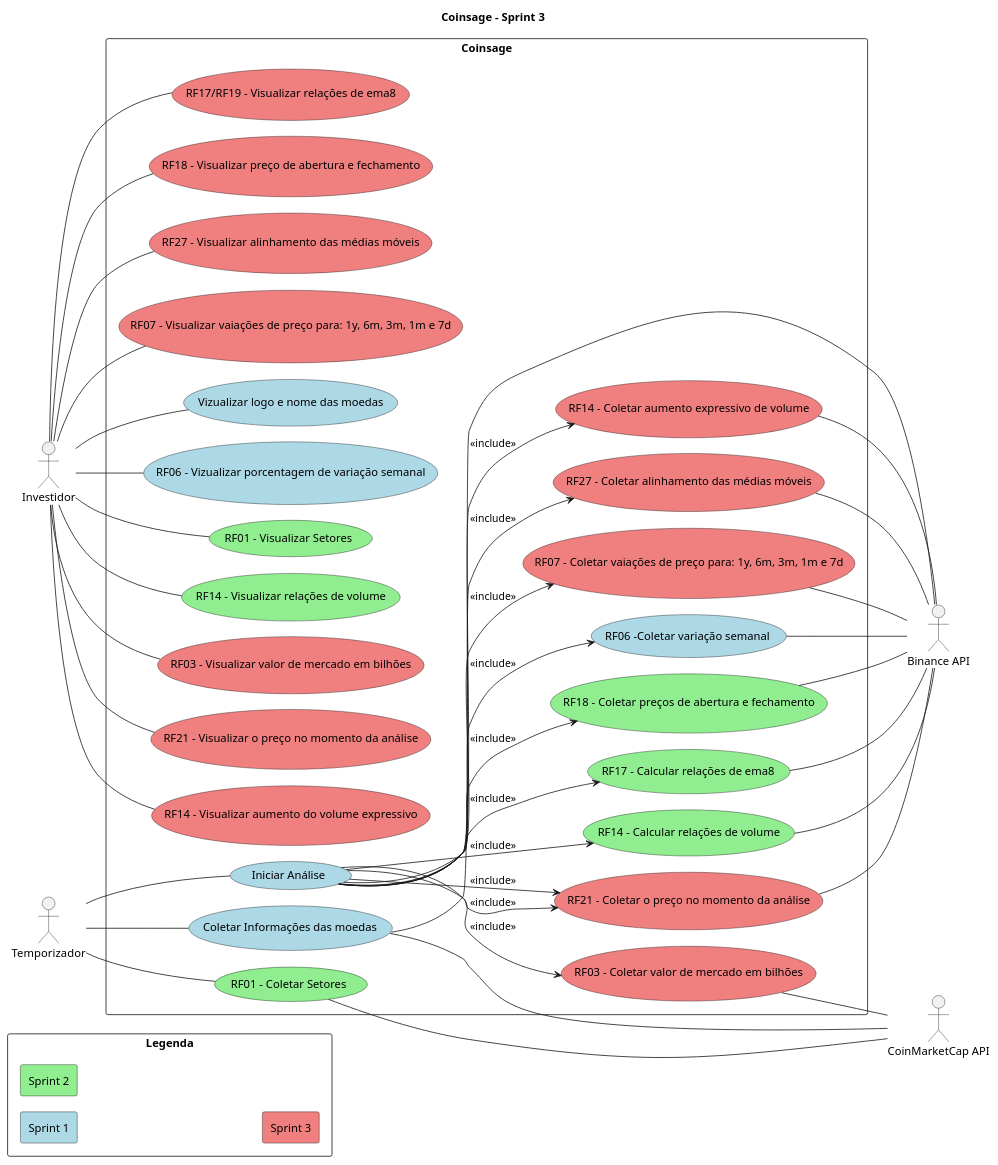
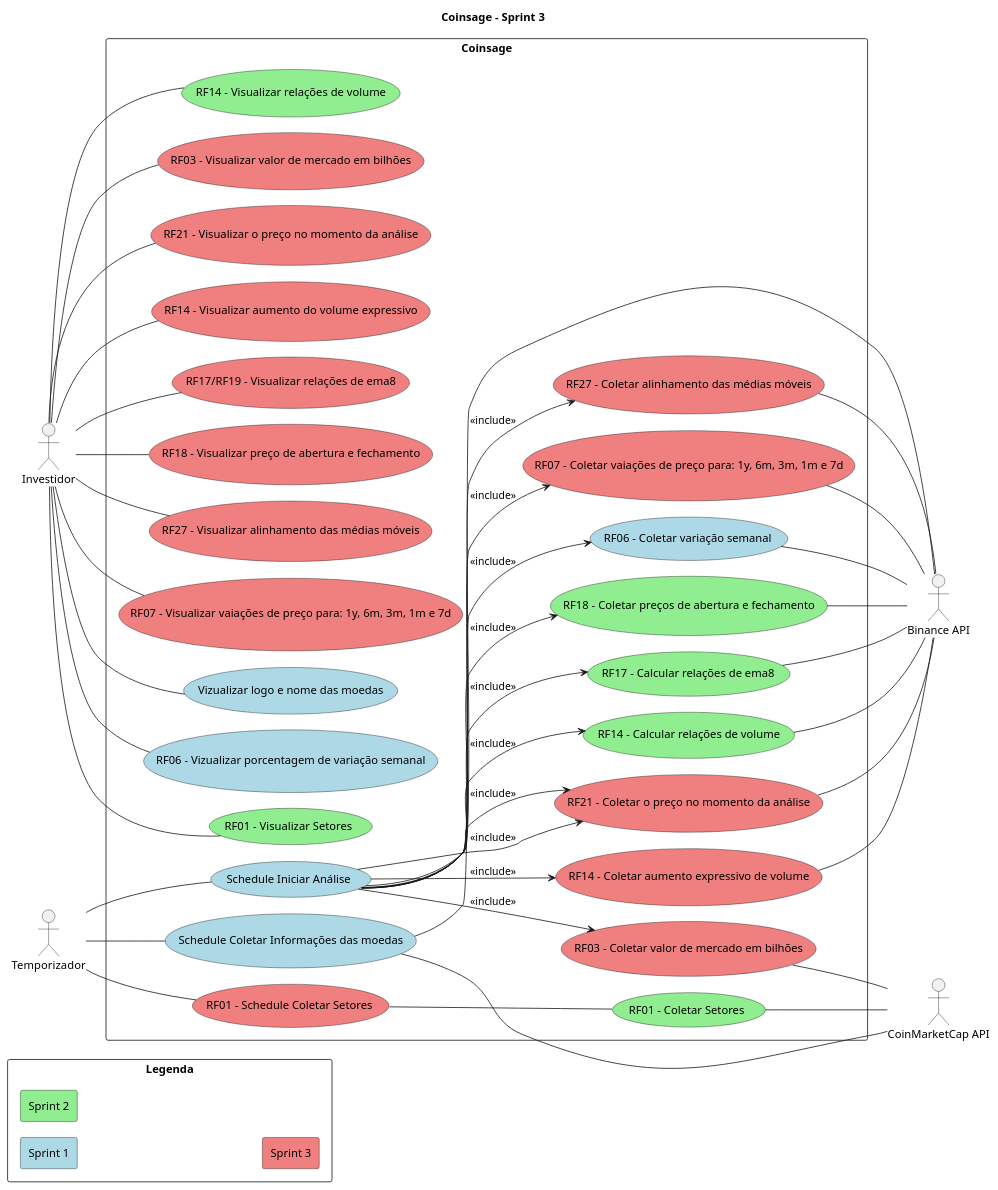
Before and after one commit to ICEI-PUC-Minas-PPLES-TI/plf-es-2024-1-ti3-8981100-coinsage: the diagram in Artefatos/diagramas/casos_de_uso/use_cases.plantuml, drawn with PlantUML. The commit also changed 4 other files, not shown here.

```diff
--- a/Artefatos/diagramas/casos_de_uso/use_cases.plantuml
+++ b/Artefatos/diagramas/casos_de_uso/use_cases.plantuml
@@ -1,102 +1,108 @@
 @startuml
 title Coinsage - Sprint 3
 
 left to right direction
 actor "Investidor" as investor
 actor "Temporizador" as schedule
 actor "Binance API" as binance
 actor "CoinMarketCap API" as cmc
 
 rectangle "Legenda"{
     skinparam minClassWidth 10
     skinparam nodesep 1
     skinparam ranksep 1
 
     rectangle "Sprint 1" #LightBlue
     rectangle "Sprint 2" #LightGreen
     rectangle "Sprint 3" #LightCoral
     ' rectangle "Sprint 4" #LightYellow
 }
 
 rectangle "Coinsage"{
     skinparam nodesep 20
 
     ' Schedules use cases
     ' Sp1
-    usecase "Iniciar Análise" as sch_analysis #LightBlue
-    usecase "Coletar Informações das moedas" as sch_cripto_info #LightBlue
-    usecase "RF06 -Coletar variação semanal" as collect_cripto_week_incresse #LightBlue
+    usecase "Schedule Coletar Informações das moedas" as sch_cripto_info #LightBlue
+    usecase "Schedule Iniciar Análise" as sch_analysis #LightBlue
+    ' Sp3
+    usecase "RF01 - Schedule Coletar Setores" as sch_sectors #LightCoral /' Should be sprint 2 but not ended '/
+
+    ' Analyse use cases
+    ' Sp1
+    usecase "RF06 - Coletar variação semanal" as collect_cripto_week_incresse #LightBlue
     ' Sp2
-    usecase "RF01 - Coletar Setores" as sch_sectors #LightGreen
+    usecase "RF01 - Coletar Setores" as collect_sectors #LightGreen
     usecase "RF18 - Coletar preços de abertura e fechamento" as collect_cripto_open_close #LightGreen
     usecase "RF17 - Calcular relações de ema8" as collect_ema8_relations #LightGreen
     usecase "RF14 - Calcular relações de volume" as collect_volume_relations #LightGreen
     ' Sp3
     usecase "RF03 - Coletar valor de mercado em bilhões" as collect_market_cap #LightCoral /' Should be sprint 2 but not ended '/
     usecase "RF21 - Coletar o preço no momento da análise" as collect_cripto_current_price #LightCoral /' Should be sprint 2 but not ended '/
     usecase "RF14 - Coletar aumento expressivo de volume" as collect_expressive_volume_date #LightCoral /' Should be sprint 2 but not ended '/
     usecase "RF27 - Coletar alinhamento das médias móveis" as collect_emas_aligned #LightCoral
     usecase "RF07 - Coletar vaiações de preço para: 1y, 6m, 3m, 1m e 7d" as collect_cripto_price_variations #LightCoral
 
     ' Report use cases
     ' Sp1
     usecase "Vizualizar logo e nome das moedas" as view_cripto_info #LightBlue
     usecase "RF06 - Vizualizar porcentagem de variação semanal" as view_cripto_week_incresse #LightBlue
     ' Sp2
     usecase "RF01 - Visualizar Setores" as view_sectors #LightGreen
     usecase "RF14 - Visualizar relações de volume" as view_volume_relations #LightGreen
     ' Sp3
     usecase "RF03 - Visualizar valor de mercado em bilhões" as view_market_cap #LightCoral /' Should be sprint 2 but not ended '/
     usecase "RF21 - Visualizar o preço no momento da análise" as view_cripto_current_price #LightCoral /' Should be sprint 2 but not ended '/
     usecase "RF14 - Visualizar aumento do volume expressivo" as view_expressive_volume_increase #LightCoral /' Should be sprint 2 but not ended '/
     usecase "RF17/RF19 - Visualizar relações de ema8" as view_ema8_relations #LightCoral /' Should be sprint 2 but not ended '/
     usecase "RF18 - Visualizar preço de abertura e fechamento" as view_cripto_open_close #LightCoral /' Should be sprint 2 but not ended '/
     usecase "RF27 - Visualizar alinhamento das médias móveis" as view_emas_aligned #LightCoral
     usecase "RF07 - Visualizar vaiações de preço para: 1y, 6m, 3m, 1m e 7d" as view_cripto_price_variations #LightCoral
 }
 
 ' Schedules use cases
 schedule -- sch_analysis
+schedule -- sch_cripto_info
 schedule -- sch_sectors
-schedule -- sch_cripto_info
 
 ' APIS use cases
-sch_sectors -- cmc
 sch_cripto_info -- binance
 sch_cripto_info -- cmc
 collect_cripto_week_incresse -- binance
 collect_cripto_current_price -- binance
 collect_cripto_open_close -- binance
 collect_ema8_relations -- binance
 collect_volume_relations -- binance
 collect_expressive_volume_date -- binance
 collect_market_cap -- cmc
 collect_emas_aligned -- binance
 collect_cripto_price_variations -- binance
+sch_sectors -- collect_sectors
+collect_sectors -- cmc
 
 ' Investor use cases
 investor -- view_sectors
 investor -- view_cripto_info
 investor -- view_cripto_week_incresse
 investor -- view_cripto_current_price
 investor -- view_cripto_open_close
 investor -- view_ema8_relations
 investor -- view_volume_relations
 investor -- view_expressive_volume_increase
 investor -- view_market_cap
 investor -- view_emas_aligned
 investor -- view_cripto_price_variations
 
 ' Use cases relations
 sch_analysis --> collect_cripto_week_incresse  : <<include>>
 sch_analysis --> collect_cripto_current_price  : <<include>>
 sch_analysis --> collect_cripto_open_close  : <<include>>
 sch_analysis --> collect_ema8_relations  : <<include>>
 sch_analysis --> collect_volume_relations  : <<include>>
 sch_analysis --> collect_expressive_volume_date : <<include>>
 sch_analysis --> collect_market_cap : <<include>>
 sch_analysis --> collect_cripto_current_price : <<include>>
 sch_analysis --> collect_emas_aligned : <<include>>
 sch_analysis --> collect_cripto_price_variations : <<include>>
 
 @enduml
```
